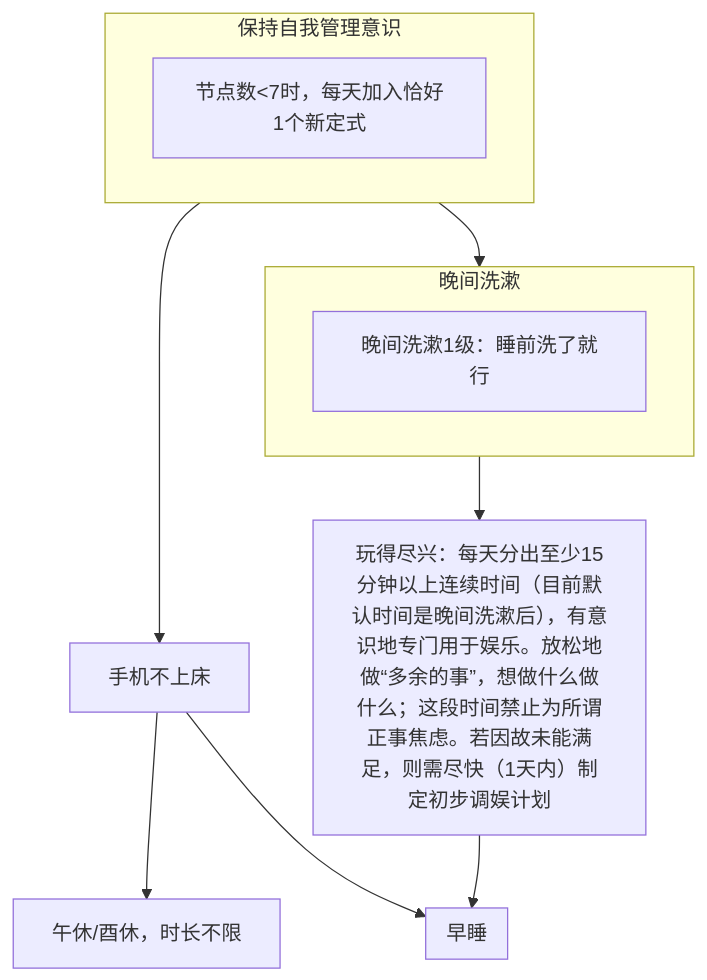
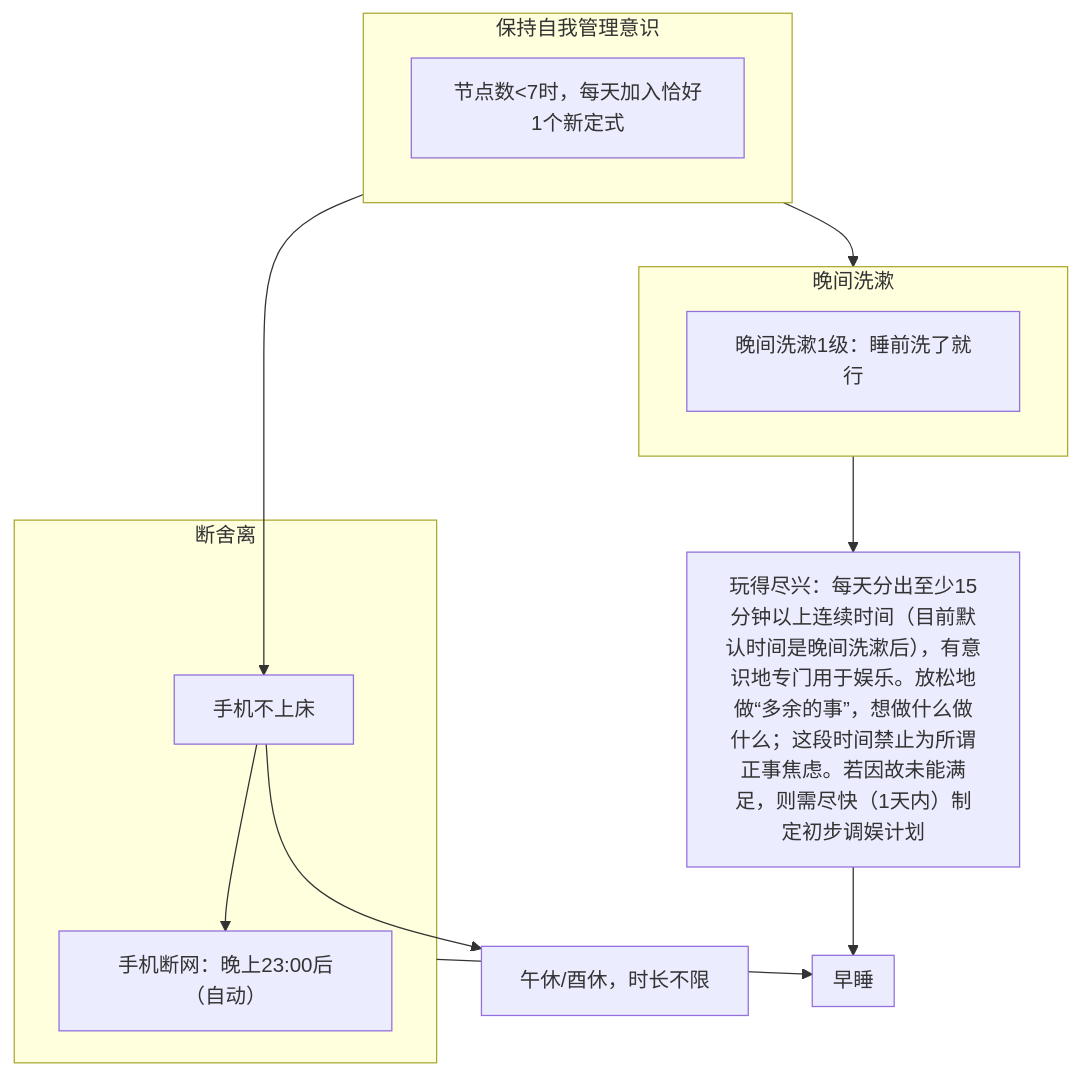
Before and after one commit to Ethkuil/RSIP-tree: the diagram in README.md, drawn with Mermaid.

Commit message:
insert e[手机断网：晚上23:00后（自动）]

````diff
--- a/README.md
+++ b/README.md
@@ -7,22 +7,27 @@
 ```mermaid
 graph TD
 
 subgraph 5[保持自我管理意识]
 0[节点数<7时，每天加入恰好1个新定式]
 end
 
-5 --> 1[手机不上床]
+5 --> 1
+subgraph d[断舍离]
+1[手机不上床]
+1 --> e[手机断网：晚上23:00后（自动）]
+end
+
 1 --> 2[午休/酉休，时长不限]
 
 5 --> 6
 subgraph 6[晚间洗漱]
 b[晚间洗漱1级：睡前洗了就行]
 end
 6 --> 8[玩得尽兴：每天分出至少15分钟以上连续时间（目前默认时间是晚间洗漱后），有意识地专门用于娱乐。放松地做“多余的事”，想做什么做什么；这段时间禁止为所谓正事焦虑。若因故未能满足，则需尽快（1天内）制定初步调娱计划]
 
-1 --> 9
+d --> 9
 8 --> 9
 subgraph 9[早睡]
 
 end
 ```
````
